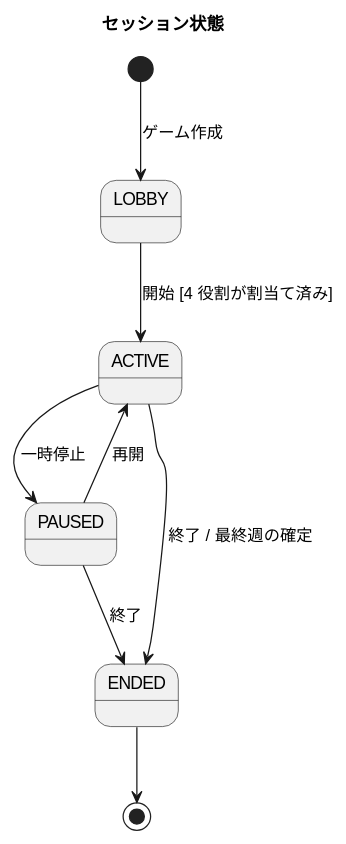
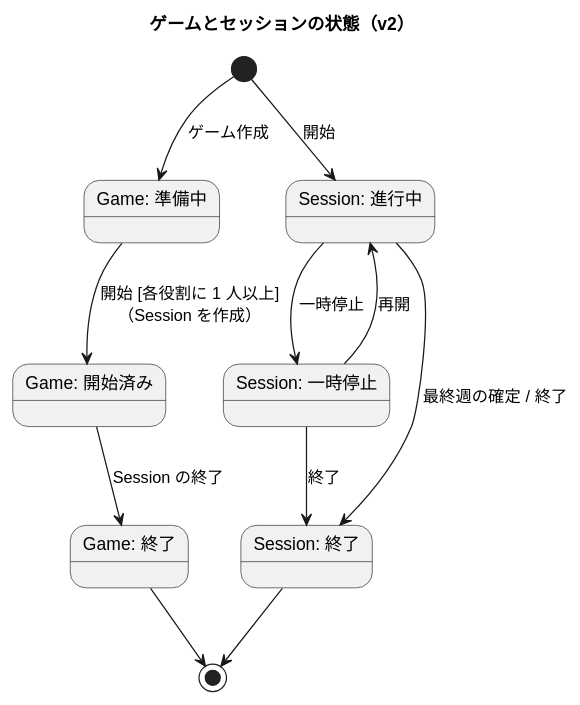
Before and after one commit to k2works/case-study-beer-game-simulation: the fourth of 5 diagrams in docs/design/beer-game2/domain-model.md, drawn with PlantUML. The commit also changed other lines of this file and 2 other files, not shown here.

First line of the commit message:
docs(beer-game2): ドメインモデルを v2 に改訂

````diff
--- a/docs/design/beer-game2/domain-model.md
+++ b/docs/design/beer-game2/domain-model.md
@@ -280,13 +283,24 @@
 ```plantuml
 @startuml
-title セッション状態
+title ゲームとセッションの状態（v2）
 
-[*] --> LOBBY : ゲーム作成
-LOBBY --> ACTIVE : 開始 [4 役割が割当て済み]
-ACTIVE --> PAUSED : 一時停止
-PAUSED --> ACTIVE : 再開
-ACTIVE --> ENDED : 終了 / 最終週の確定
-PAUSED --> ENDED : 終了
-ENDED --> [*]
+state "Game: 準備中" as G1
+state "Game: 開始済み" as G2
+state "Game: 終了" as G3
+state "Session: 進行中" as S1
+state "Session: 一時停止" as S2
+state "Session: 終了" as S3
+
+[*] --> G1 : ゲーム作成
+G1 --> G2 : 開始 [各役割に 1 人以上]\n（Session を作成）
+G2 --> G3 : Session の終了
+G3 --> [*]
+
+[*] --> S1 : 開始
+S1 --> S2 : 一時停止
+S2 --> S1 : 再開
+S1 --> S3 : 最終週の確定 / 終了
+S2 --> S3 : 終了
+S3 --> [*]
 @enduml
 ```
````
